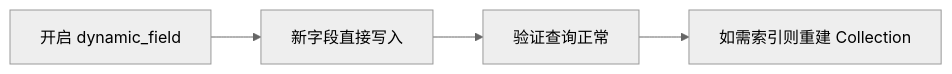
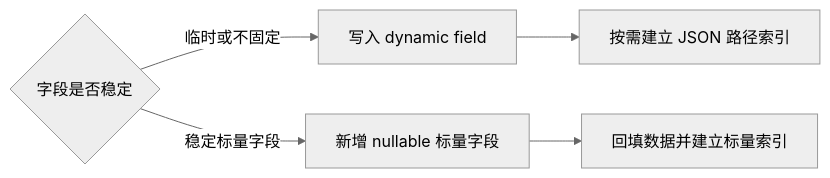
Before and after one commit to yuanmomoya/milvus: the third of 4 diagrams in milvus-master-course/docs/06-Collection设计.md, drawn with Mermaid (neutral theme). The commit also changed other lines of this file and 341 other files, not shown here.

````diff
--- a/milvus-master-course/docs/06-Collection设计.md
+++ b/milvus-master-course/docs/06-Collection设计.md
@@ -280,6 +280,7 @@
 ```mermaid
 flowchart LR
-    A[开启 dynamic_field] --> B[新字段直接写入]
-    B --> C[验证查询正常]
-    C --> D[如需索引则重建 Collection]
+    A{"字段是否稳定"} -->|临时或不固定| B[写入 dynamic field]
+    A -->|稳定标量字段| C[新增 nullable 标量字段]
+    B --> D[按需建立 JSON 路径索引]
+    C --> E[回填数据并建立标量索引]
 ```
````
